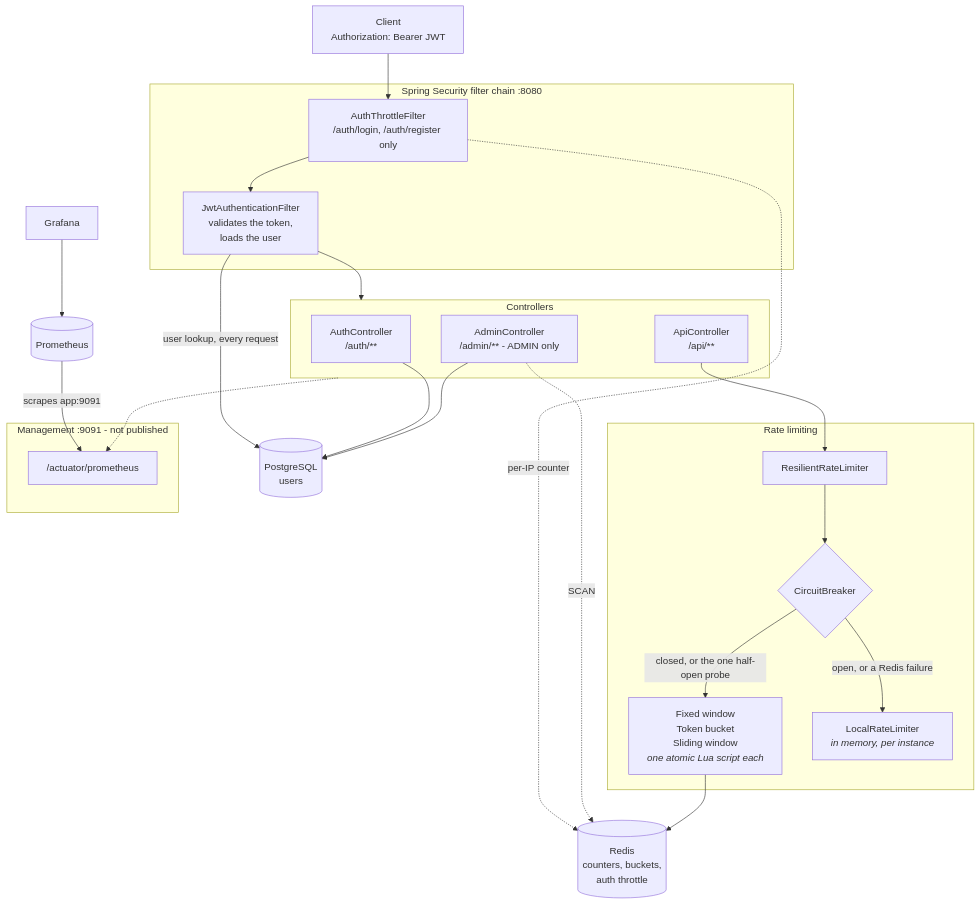
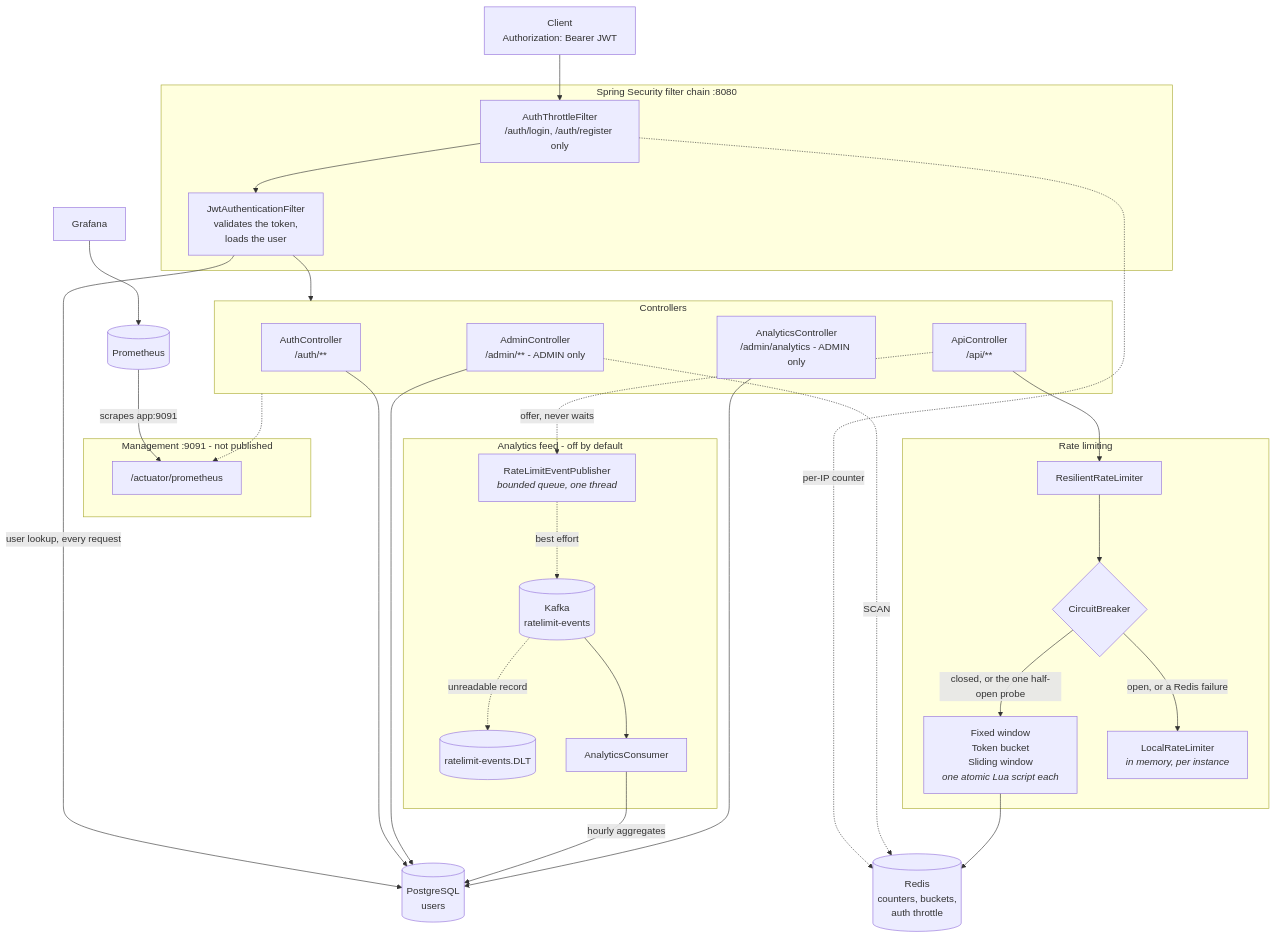
The diagram in README.md (Rugved-142/RatelimitX), drawn with Mermaid before and after one commit. The commit also changed other lines of this file and 3 other files, not shown here.

First line of the commit message:
Document the feed: architecture, limitations, ADR 5 and claims

````diff
--- a/README.md
+++ b/README.md
@@ -118,45 +142,59 @@
 ```mermaid
 flowchart TB
     C["Client<br/>Authorization: Bearer JWT"]
 
     subgraph Chain["Spring Security filter chain :8080"]
         THROTTLE["AuthThrottleFilter<br/>/auth/login, /auth/register only"]
         JWTF["JwtAuthenticationFilter<br/>validates the token,<br/>loads the user"]
     end
 
     subgraph Controllers["Controllers"]
         AUTH["AuthController<br/>/auth/**"]
         API["ApiController<br/>/api/**"]
         ADM["AdminController<br/>/admin/** - ADMIN only"]
+        ANA["AnalyticsController<br/>/admin/analytics - ADMIN only"]
     end
 
     subgraph Limiter["Rate limiting"]
         RRL["ResilientRateLimiter"]
         CB{"CircuitBreaker"}
         ALGOS["Fixed window<br/>Token bucket<br/>Sliding window<br/><i>one atomic Lua script each</i>"]
         LOCAL["LocalRateLimiter<br/><i>in memory, per instance</i>"]
     end
 
     PG[("PostgreSQL<br/>users")]
     REDIS[("Redis<br/>counters, buckets,<br/>auth throttle")]
 
     subgraph Mgmt["Management :9091 - not published"]
         ACT["/actuator/prometheus"]
+    end
+
+    subgraph Feed["Analytics feed - off by default"]
+        PUB["RateLimitEventPublisher<br/><i>bounded queue, one thread</i>"]
+        KAFKA[("Kafka<br/>ratelimit-events")]
+        DLT[("ratelimit-events.DLT")]
+        CONS["AnalyticsConsumer"]
     end
 
     PROM[("Prometheus")]
     GRAF["Grafana"]
 
     C --> THROTTLE --> JWTF --> Controllers
     THROTTLE -. "per-IP counter" .-> REDIS
     JWTF -- "user lookup, every request" --> PG
     AUTH --> PG
     ADM --> PG
     ADM -. "SCAN" .-> REDIS
     API --> RRL --> CB
     CB -- "closed, or the one half-open probe" --> ALGOS --> REDIS
     CB -- "open, or a Redis failure" --> LOCAL
     Controllers -.-> ACT
     PROM -- "scrapes app:9091" --> ACT
     GRAF --> PROM
+
+    API -. "offer, never waits" .-> PUB
+    PUB -. "best effort" .-> KAFKA
+    KAFKA -. "unreadable record" .-> DLT
+    KAFKA --> CONS -- "hourly aggregates" --> PG
+    ANA --> PG
 ```
````
